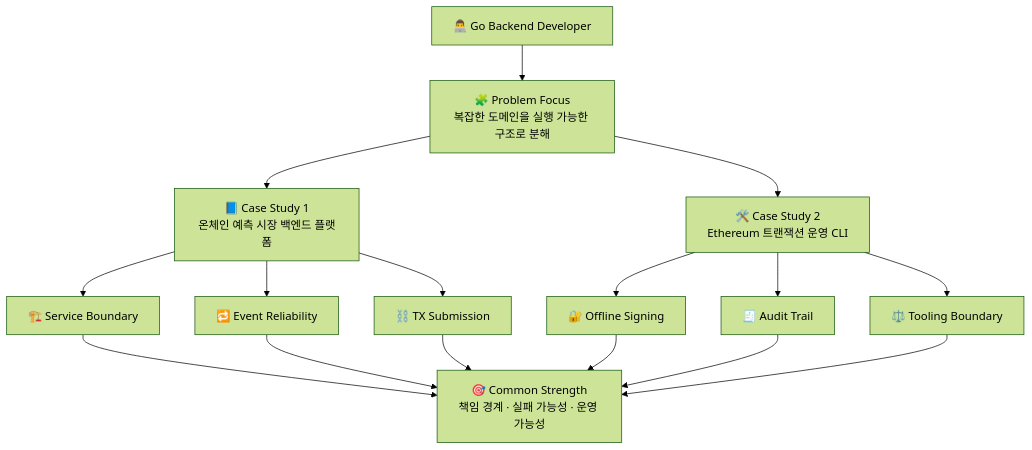
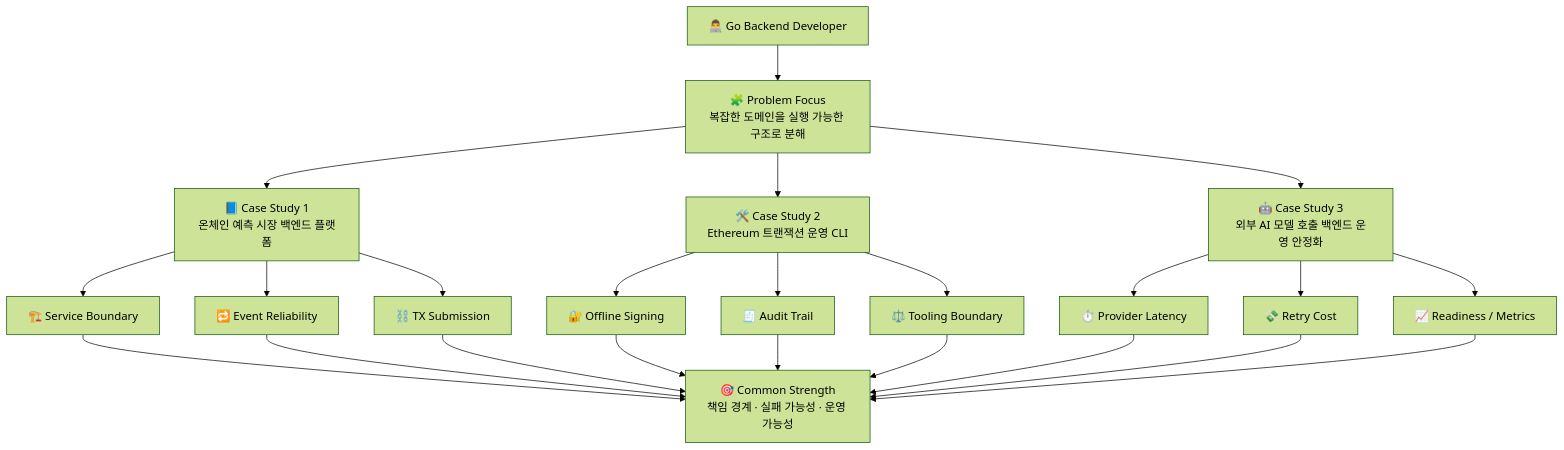
The first of 6 diagrams in README.md (bang9ming9/bang9ming9), drawn with Mermaid (forest theme) before and after one commit. The commit also changed other lines of this file and 1 other file, not shown here.

First line of the commit message:
[codex] 외부 AI 모델 호출 백엔드 운영 안정화 (#2)

````diff
--- a/README.md
+++ b/README.md
@@ -24,21 +27,29 @@
 ```mermaid
 flowchart TD
     A[👨‍💻 Go Backend Developer] --> B[🧩 Problem Focus<br/>복잡한 도메인을 실행 가능한 구조로 분해]
     B --> C[📘 Case Study 1<br/>온체인 예측 시장 백엔드 플랫폼]
     B --> D[🛠️ Case Study 2<br/>Ethereum 트랜잭션 운영 CLI]
+    B --> E[🤖 Case Study 3<br/>외부 AI 모델 호출 백엔드 운영 안정화]
 
     C --> C1[🏗️ Service Boundary]
     C --> C2[🔁 Event Reliability]
     C --> C3[⛓️ TX Submission]
 
     D --> D1[🔐 Offline Signing]
     D --> D2[🧾 Audit Trail]
     D --> D3[⚖️ Tooling Boundary]
 
-    C1 --> E[🎯 Common Strength<br/>책임 경계 · 실패 가능성 · 운영 가능성]
-    C2 --> E
-    C3 --> E
-    D1 --> E
-    D2 --> E
-    D3 --> E
+    E --> E1[⏱️ Provider Latency]
+    E --> E2[💸 Retry Cost]
+    E --> E3[📈 Readiness / Metrics]
+
+    C1 --> F[🎯 Common Strength<br/>책임 경계 · 실패 가능성 · 운영 가능성]
+    C2 --> F
+    C3 --> F
+    D1 --> F
+    D2 --> F
+    D3 --> F
+    E1 --> F
+    E2 --> F
+    E3 --> F
 ```
````
